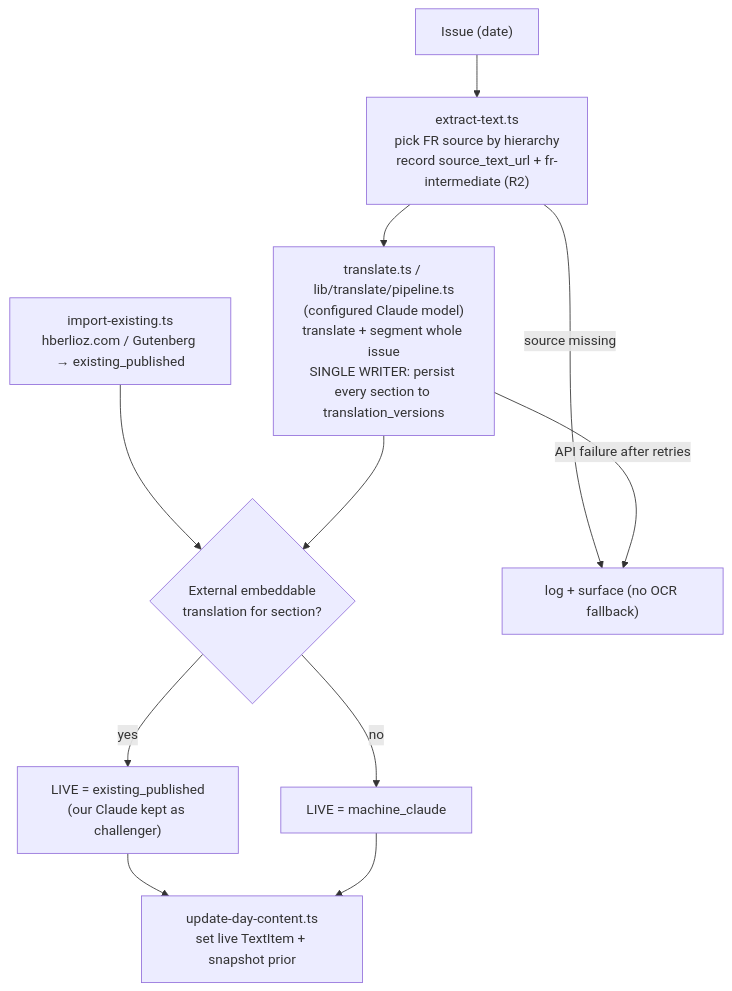
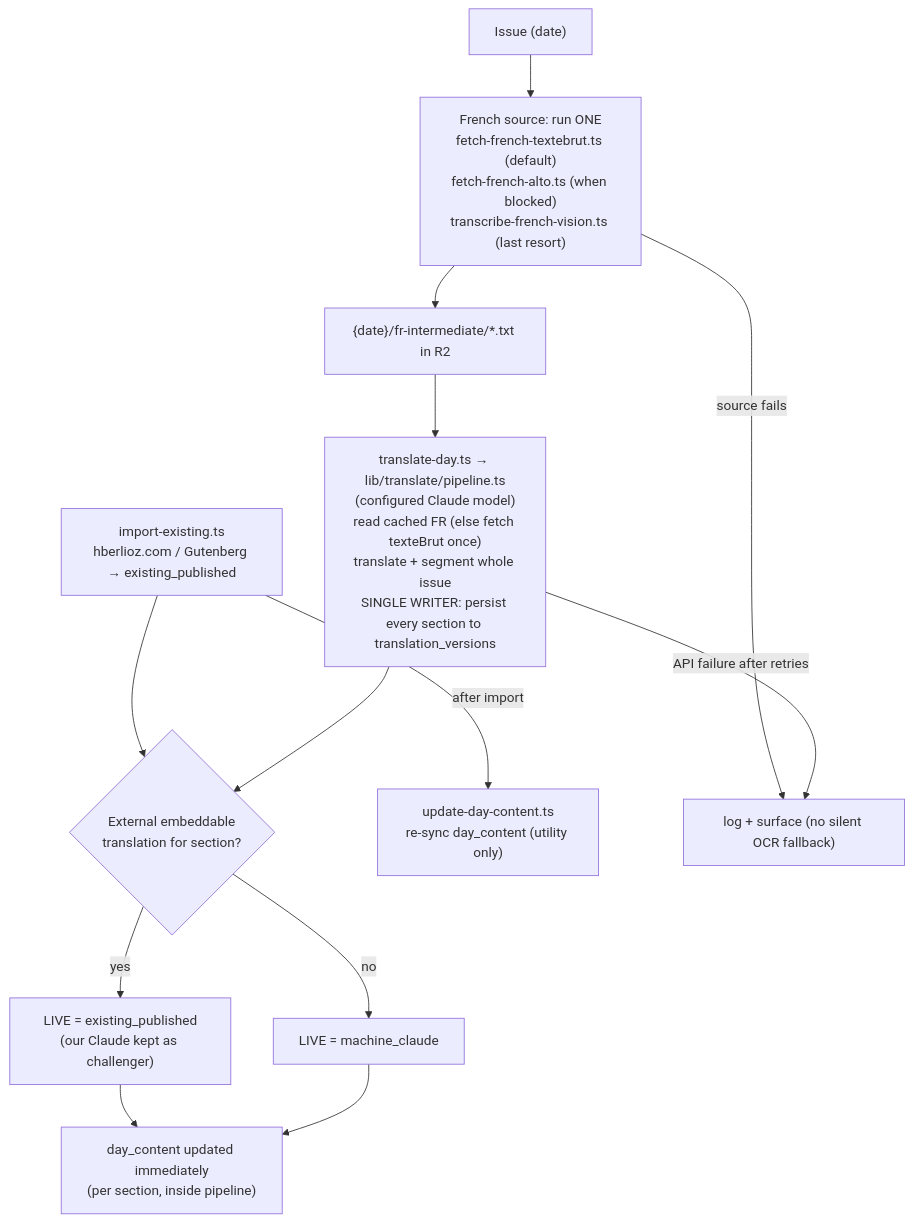
Before and after one commit to ashleyyoung/count-of-monte-cristo-experience: the first of 2 diagrams in README_translation_architecture.md, drawn with Mermaid. The commit also changed other lines of this file and 29 other files, not shown here.

````diff
--- a/README_translation_architecture.md
+++ b/README_translation_architecture.md
@@ -81,13 +84,15 @@
 ```mermaid
 flowchart TD
-    Issue["Issue (date)"] --> Src["extract-text.ts<br/>pick FR source by hierarchy<br/>record source_text_url + fr-intermediate (R2)"]
-    Src --> TL["translate.ts / lib/translate/pipeline.ts<br/>(configured Claude model)<br/>translate + segment whole issue<br/>SINGLE WRITER: persist every section to translation_versions"]
+    Issue["Issue (date)"] --> FR["French source: run ONE<br/>fetch-french-textebrut.ts (default)<br/>fetch-french-alto.ts (when blocked)<br/>transcribe-french-vision.ts (last resort)"]
+    FR --> R2["{date}/fr-intermediate/*.txt in R2"]
+    R2 --> TL["translate-day.ts → lib/translate/pipeline.ts<br/>(configured Claude model)<br/>read cached FR (else fetch texteBrut once)<br/>translate + segment whole issue<br/>SINGLE WRITER: persist every section to translation_versions"]
     Ext["import-existing.ts<br/>hberlioz.com / Gutenberg → existing_published"] --> Pick
     TL --> Pick{"External embeddable<br/>translation for section?"}
     Pick -- yes --> Live1["LIVE = existing_published<br/>(our Claude kept as challenger)"]
     Pick -- no --> Live2["LIVE = machine_claude"]
-    Live1 --> Up["update-day-content.ts<br/>set live TextItem + snapshot prior"]
-    Live2 --> Up
-    Src -- "source missing" --> Fail["log + surface (no OCR fallback)"]
+    Live1 --> DC["day_content updated immediately<br/>(per section, inside pipeline)"]
+    Live2 --> DC
+    Ext -- "after import" --> Resync["update-day-content.ts<br/>re-sync day_content (utility only)"]
+    FR -- "source fails" --> Fail["log + surface (no silent OCR fallback)"]
     TL -- "API failure after retries" --> Fail
 ```
````
